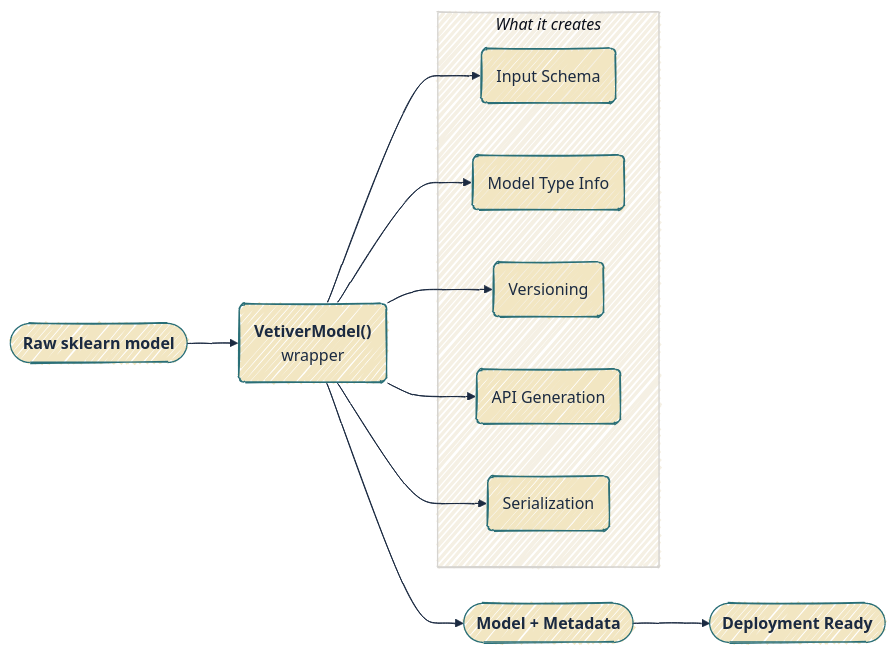
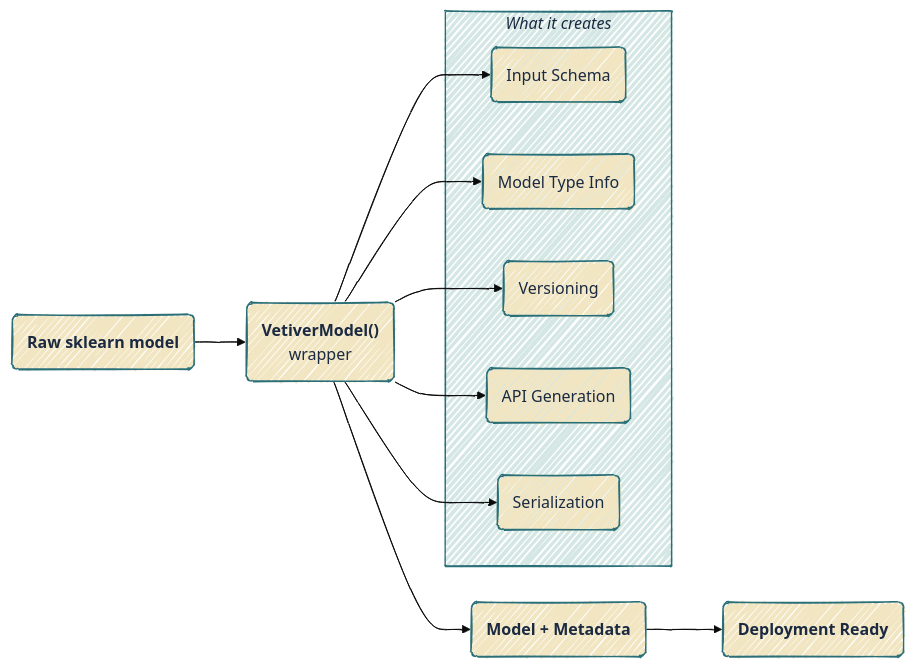
Before and after one commit to mjfrigaard/do4ds-labs: the second of 5 diagrams in lab02.qmd, drawn with Mermaid. The commit also changed other lines of this file and 37 other files, not shown here.

Commit message:
updates to mermaid

````diff
--- a/lab02.qmd
+++ b/lab02.qmd
@@ -246,27 +253,29 @@
 ```{mermaid}
 %%| fig-cap: 'VetiverModel()'
 %%| fig-align: center
-%%{init: {'theme': 'base', 'look': 'handDrawn', 'themeVariables': { 'fontFamily': 'monospace', "fontSize":"16px", 'primaryColor': '#F2E6C2', 'primaryBorderColor': '#2A6F77', 'primaryTextColor': '#1B2A41', 'secondaryColor': '#d4e7e4', 'tertiaryColor': '#f5f0e4', 'lineColor': '#1B2A41', 'edgeLabelBackground': '#F2E6C2'}}}%%
+%%{init: {'theme': 'base', 'look': 'handDrawn', 'themeVariables': {'fontFamily': 'monospace'}}}%%
 
 flowchart LR
-    RawMod(["<strong>Raw sklearn model</strong>"]) --> VMod("<strong>VetiverModel()</strong><br>wrapper")
-    VMod --> ModMeta(["<strong>Model + Metadata</strong>"])
-    ModMeta --> Dep(["<strong>Deployment Ready</strong>"])
+    RawMod("<strong>Raw sklearn model</strong>") --> VMod("<strong>VetiverModel()</strong><br>wrapper")
+    VMod --> ModMeta("<strong>Model + Metadata</strong>")
+    ModMeta --> Dep("<strong>Deployment Ready</strong>")
     
     subgraph Vet["<em>What it creates</em>"]
         InSch("Input Schema")
         ModTypeInfo("Model Type Info")
         Ver("Versioning")
         Api("API Generation")
         Ser("Serialization")
     end
     
     VMod --> InSch
     VMod --> ModTypeInfo 
     VMod --> Ver
     VMod --> Api
     VMod --> Ser
 
     %% Style for outputs %%
+    classDef default fill:#F2E6C2,stroke:#2A6F77,color:#1B2A41
+    style Vet fill:#d4e7e4,stroke:#2A6F77,color:#1B2A41
     
 ```
````
